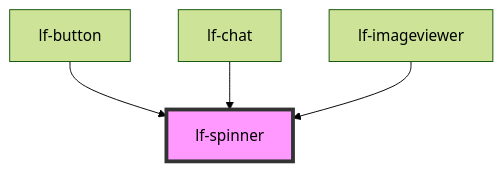
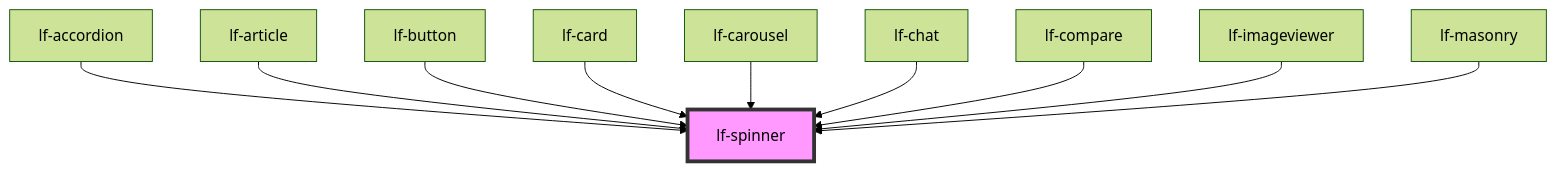
Before and after one commit to lucafoscili/lf-widgets: the diagram in packages/core/src/components/lf-spinner/readme.md, drawn with Mermaid (forest theme). The commit also changed other lines of this file and 31 other files, not shown here.

````diff
--- a/packages/core/src/components/lf-spinner/readme.md
+++ b/packages/core/src/components/lf-spinner/readme.md
@@ -101,7 +107,13 @@
 ```mermaid
 graph TD;
+  lf-accordion --> lf-spinner
+  lf-article --> lf-spinner
   lf-button --> lf-spinner
+  lf-card --> lf-spinner
+  lf-carousel --> lf-spinner
   lf-chat --> lf-spinner
+  lf-compare --> lf-spinner
   lf-imageviewer --> lf-spinner
+  lf-masonry --> lf-spinner
   style lf-spinner fill:#f9f,stroke:#333,stroke-width:4px
 ```
````
